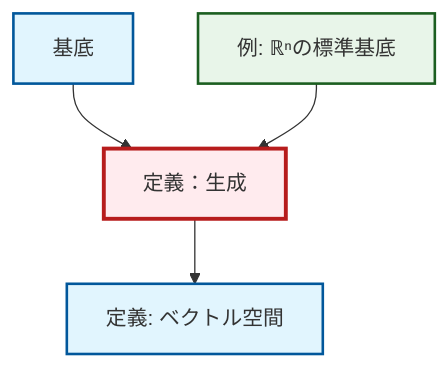
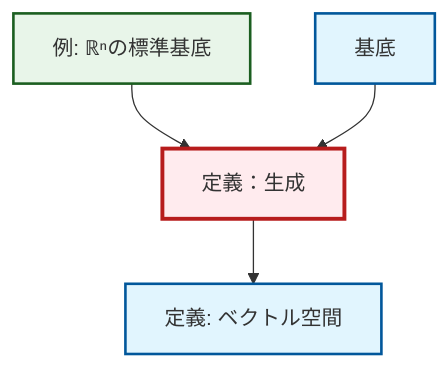
Before and after one commit to RK0429/ModernMath: the diagram in content/ja/algebra/def-span.qmd, drawn with Mermaid. The commit also changed 672 other files, not shown here.

````diff
--- a/content/ja/algebra/def-span.qmd
+++ b/content/ja/algebra/def-span.qmd
@@ -48,20 +48,20 @@
 ```{mermaid}
-%%| fig-cap: "Local dependency graph"
+%%| fig-cap: "ローカル依存関係グラフ"
 graph TD
     classDef definition fill:#e1f5fe,stroke:#01579b,stroke-width:2px
     classDef theorem fill:#f3e5f5,stroke:#4a148c,stroke-width:2px
     classDef axiom fill:#fff3e0,stroke:#e65100,stroke-width:2px
     classDef example fill:#e8f5e9,stroke:#1b5e20,stroke-width:2px
     classDef current fill:#ffebee,stroke:#b71c1c,stroke-width:3px
+    ex-standard-basis-rn["例: ℝⁿの標準基底"]:::example
     def-span["定義：生成"]:::definition
+    def-vector-space["定義: ベクトル空間"]:::definition
     def-basis["基底"]:::definition
-    ex-standard-basis-rn["例: ℝⁿの標準基底"]:::example
-    def-vector-space["定義: ベクトル空間"]:::definition
-    def-basis --> def-span
     def-span --> def-vector-space
     ex-standard-basis-rn --> def-span
+    def-basis --> def-span
     class def-span current
-    click def-basis "def-basis.html" "基底へ"
     click ex-standard-basis-rn "ex-standard-basis-rn.html" "ℝⁿの標準基底の例へ"
     click def-vector-space "def-vector-space.html" "ベクトル空間の定義へ"
+    click def-basis "def-basis.html" "基底へ"
 ```
````
